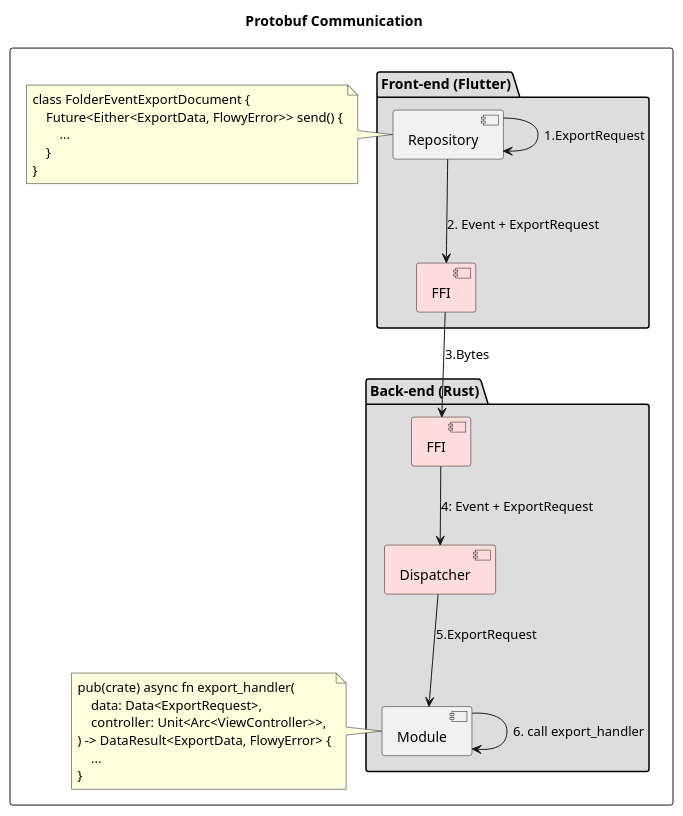
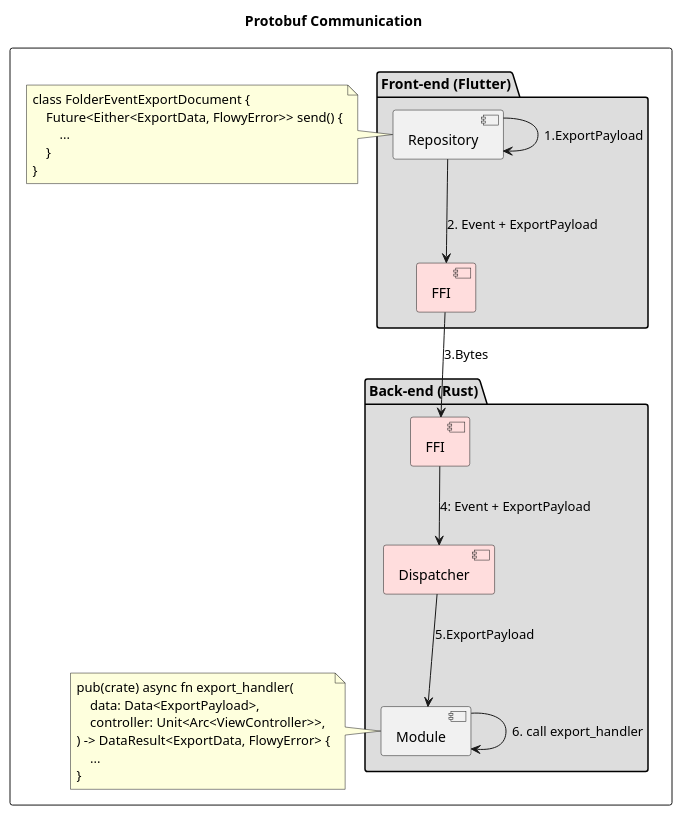
The third of 3 diagrams in uml/dart_flowy_sdk/event_map.plantuml (AppFlowy-IO/AppFlowy-Docs), drawn with PlantUML before and after one commit. The commit also changed other lines of this file and 1 other file, not shown here.

Commit message:
chore: udpate diagram of protobuf

```diff
--- a/uml/dart_flowy_sdk/event_map.plantuml
+++ b/uml/dart_flowy_sdk/event_map.plantuml
@@ -109,40 +109,40 @@
 @startuml FlowySDK
 title Protobuf Communication
 top to bottom direction
 'skinparam linetype polyline
 
 rectangle {
     package "Front-end (Flutter)" #DDDDDD {
         component Repository
         component FFI_Frontend as "FFI" #FFDDDD
     }
     note left of Repository
     class FolderEventExportDocument {
         Future<Either<ExportData, FlowyError>> send() {
             ...
         }
     }
     end note
 
     package "Back-end (Rust)" #DDDDDD {
         component Module
         component Dispatcher as "Dispatcher" #FFDDDD
         component FFI_Backend as "FFI" #FFDDDD
     }
     note left of Module
     pub(crate) async fn export_handler(
-        data: Data<ExportRequest>,
+        data: Data<ExportPayload>,
         controller: Unit<Arc<ViewController>>,
     ) -> DataResult<ExportData, FlowyError> {
         ...
     }
     end note
 }
 
-Repository --> Repository: 1.ExportRequest
-Repository --> FFI_Frontend: 2. Event + ExportRequest
+Repository --> Repository: 1.ExportPayload
+Repository --> FFI_Frontend: 2. Event + ExportPayload
 FFI_Frontend --> FFI_Backend: 3.Bytes
-FFI_Backend --> Dispatcher: 4: Event + ExportRequest
-Dispatcher --> Module: 5.ExportRequest
+FFI_Backend --> Dispatcher: 4: Event + ExportPayload
+Dispatcher --> Module: 5.ExportPayload
 Module --> Module : 6. call export_handler
 @enduml
```
